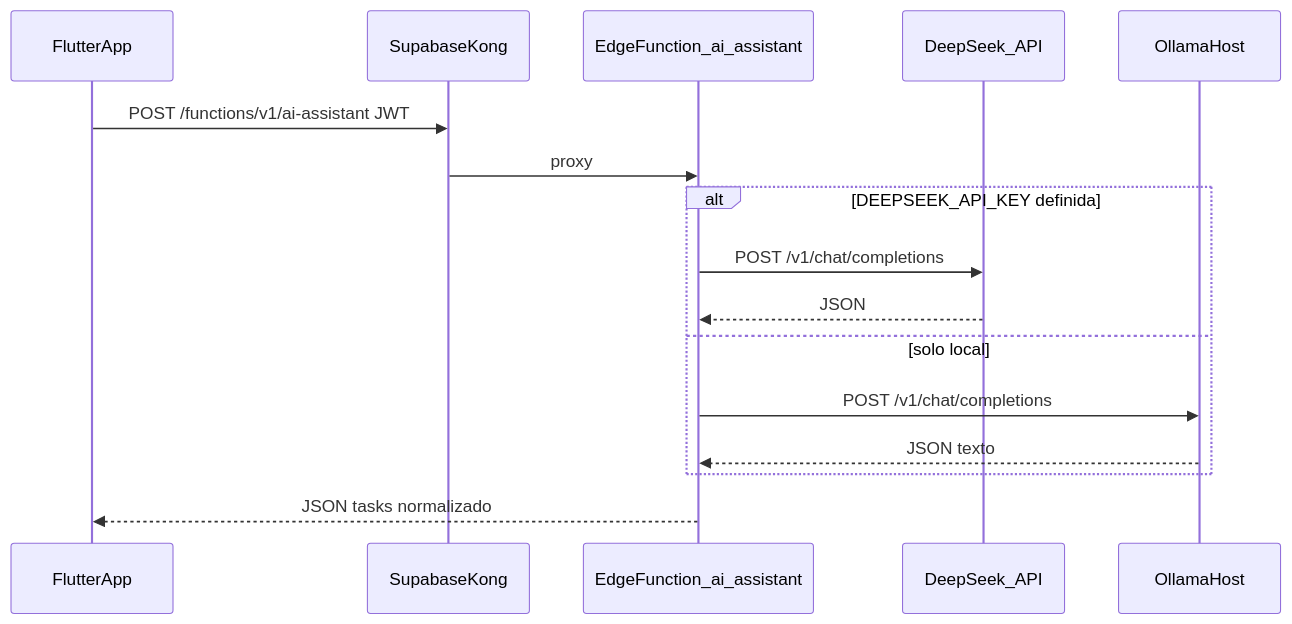
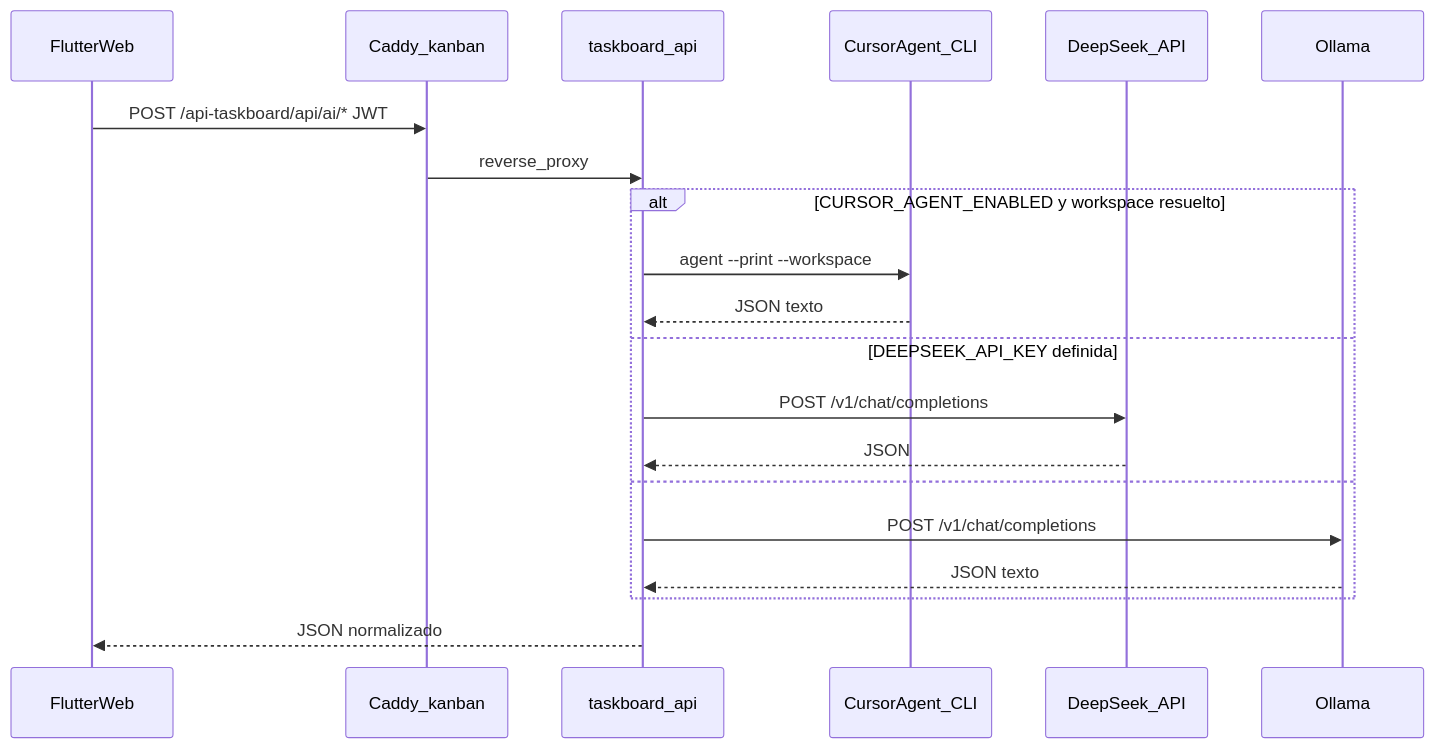
One commit to jualas/taskboard changed the diagram in docs/IA_ASISTENTE.md. Above: the diagram before and after it, drawn with Mermaid. The commit also changed other lines of this file and 13 other files, not shown here.

First line of the commit message:
docs: documentación sin Supabase; guías de asistente IA, MCP, Ollama remoto y conexión desde portátil

````diff
--- a/docs/IA_ASISTENTE.md
+++ b/docs/IA_ASISTENTE.md
@@ -19,19 +27,23 @@
 ```mermaid
 sequenceDiagram
-  participant App as FlutterApp
-  participant Kong as SupabaseKong
-  participant Fn as EdgeFunction_ai_assistant
+  participant App as FlutterWeb
+  participant Caddy as Caddy_kanban
+  participant API as taskboard_api
+  participant Agent as CursorAgent_CLI
   participant Cloud as DeepSeek_API
-  participant Oll as OllamaHost
+  participant Oll as Ollama
 
-  App->>Kong: POST /functions/v1/ai-assistant JWT
-  Kong->>Fn: proxy
-  alt DEEPSEEK_API_KEY definida
-    Fn->>Cloud: POST /v1/chat/completions
-    Cloud-->>Fn: JSON
-  else solo local
-    Fn->>Oll: POST /v1/chat/completions
-    Oll-->>Fn: JSON texto
+  App->>Caddy: POST /api-taskboard/api/ai/* JWT
+  Caddy->>API: reverse_proxy
+  alt CURSOR_AGENT_ENABLED y workspace resuelto
+    API->>Agent: agent --print --workspace
+    Agent-->>API: JSON texto
+  else DEEPSEEK_API_KEY definida
+    API->>Cloud: POST /v1/chat/completions
+    Cloud-->>API: JSON
+  else
+    API->>Oll: POST /v1/chat/completions
+    Oll-->>API: JSON texto
   end
-  Fn-->>App: JSON tasks normalizado
+  API-->>App: JSON normalizado
 ```
````
